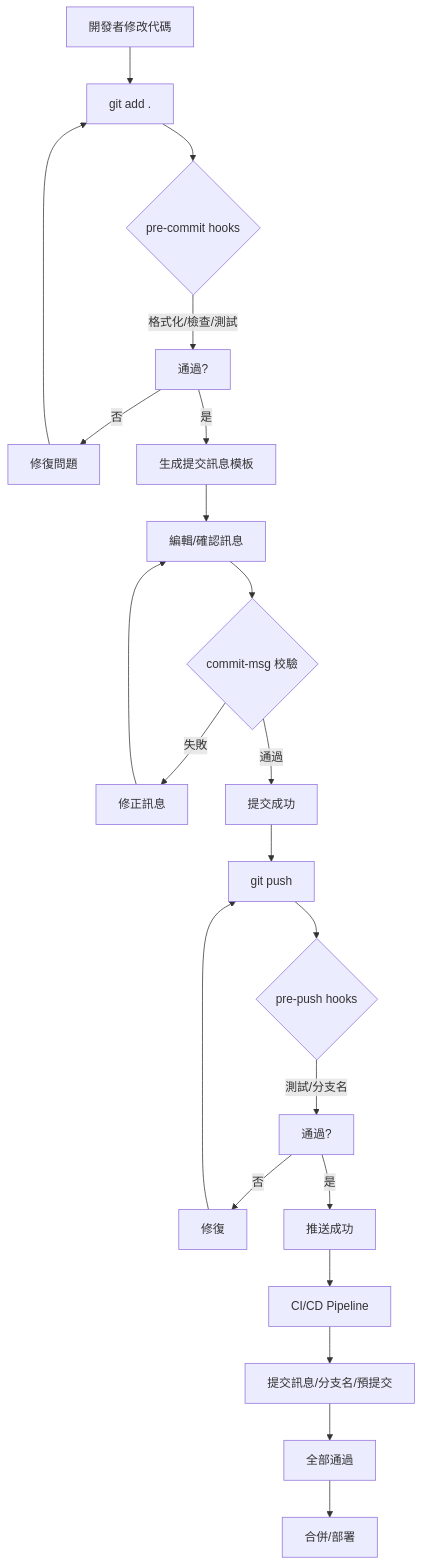
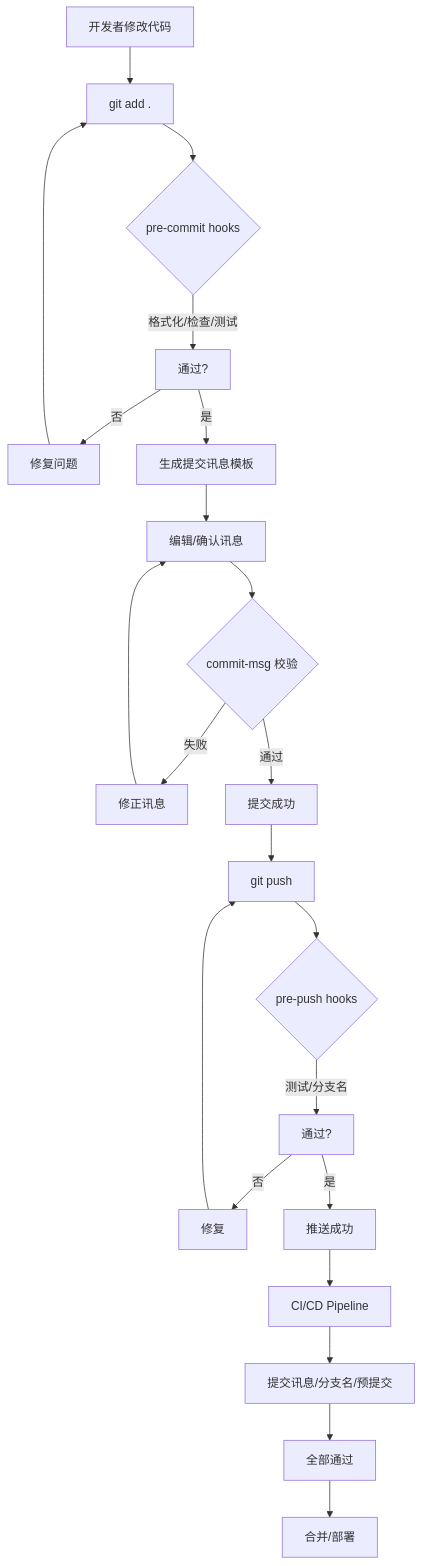
Before and after one commit to gogojaja/DevProjectTeamSkill: the diagram in .trae/skills/dev-project-team-skill/skills/commit-protocol/domain/commit-automation.md, drawn with Mermaid. The commit also changed other lines of this file and 69 other files, not shown here.

````diff
--- a/.trae/skills/dev-project-team-skill/skills/commit-protocol/domain/commit-automation.md
+++ b/.trae/skills/dev-project-team-skill/skills/commit-protocol/domain/commit-automation.md
@@ -515,20 +515,20 @@
 ```mermaid
 graph TD
-    A[開發者修改代碼] --> B[git add .]
+    A[开发者修改代码] --> B[git add .]
     B --> C{pre-commit hooks}
-    C -->|格式化/檢查/測試| D[通過?]
-    D -->|否| E[修復問題] --> B
-    D -->|是| F[生成提交訊息模板]
-    F --> G[編輯/確認訊息]
-    G --> H{commit-msg 校驗}
-    H -->|失敗| I[修正訊息] --> G
-    H -->|通過| J[提交成功]
+    C -->|格式化/检查/测试| D[通过?]
+    D -->|否| E[修复问题] --> B
+    D -->|是| F[生成提交讯息模板]
+    F --> G[编辑/确认讯息]
+    G --> H{commit-msg 校验}
+    H -->|失败| I[修正讯息] --> G
+    H -->|通过| J[提交成功]
     J --> K[git push]
     K --> L{pre-push hooks}
-    L -->|測試/分支名| M[通過?]
-    M -->|否| N[修復] --> K
+    L -->|测试/分支名| M[通过?]
+    M -->|否| N[修复] --> K
     M -->|是| O[推送成功]
     O --> P[CI/CD Pipeline]
-    P --> Q[提交訊息/分支名/預提交]
-    Q --> R[全部通過] --> S[合併/部署]
+    P --> Q[提交讯息/分支名/预提交]
+    Q --> R[全部通过] --> S[合并/部署]
 ```
````
